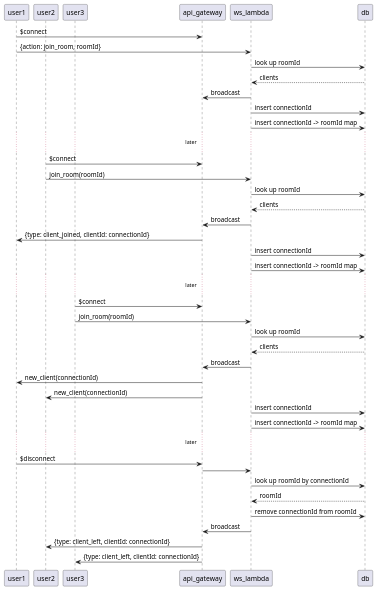
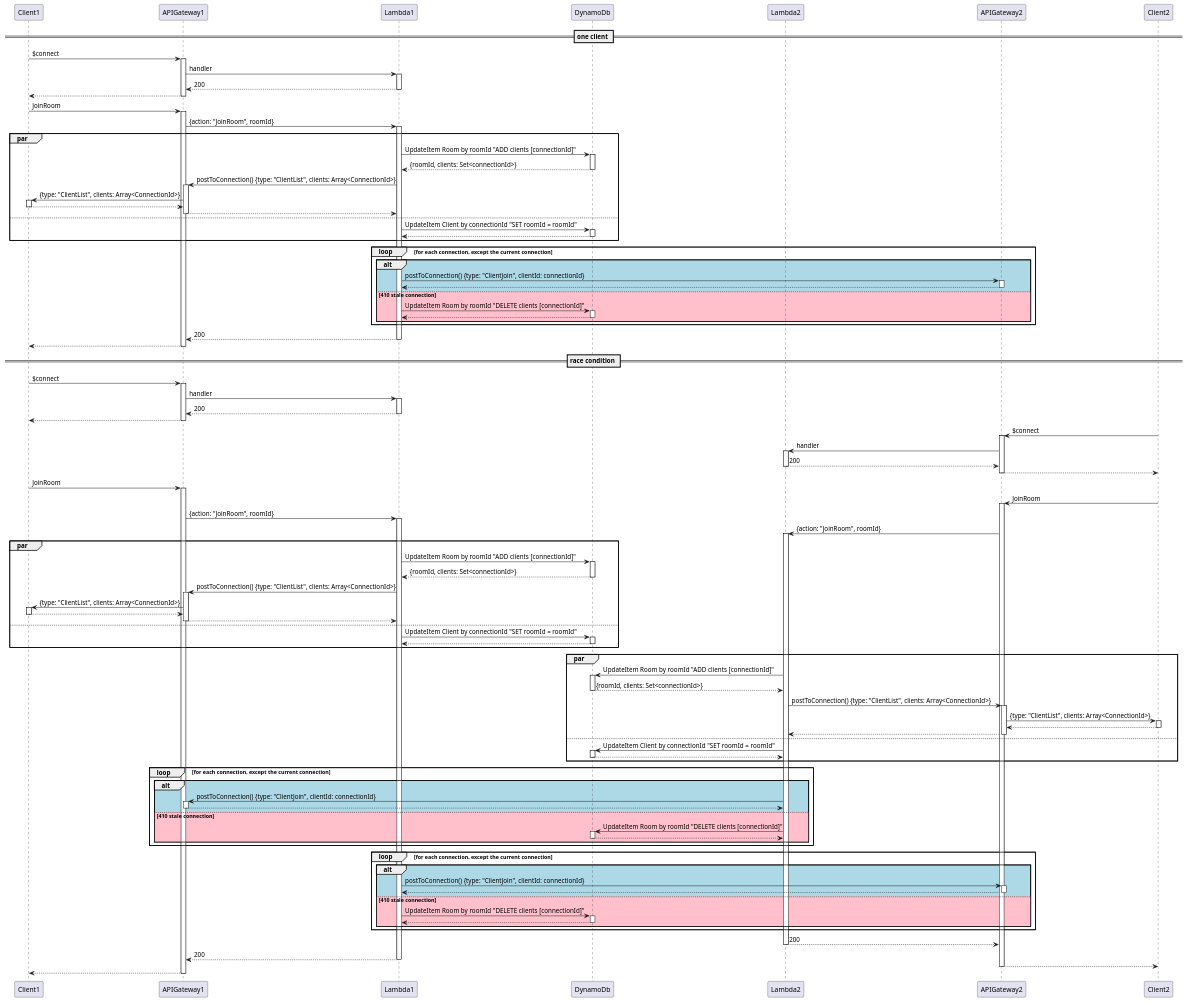
The diagram in join_room_seq.plantuml (d6u/VideoChatRoom), drawn with PlantUML before and after one commit. The commit also changed 3 other files, not shown here.

Commit message:
Add logging, return ClientList

```diff
--- a/join_room_seq.plantuml
+++ b/join_room_seq.plantuml
@@ -1,52 +1,111 @@
-@startuml join_room
+@startuml Gameroom
 
-participant user1
-participant user2
-participant user3
-participant api_gateway
-participant ws_lambda
-participant db
+autoactivate on
 
-user1 -> api_gateway : $connect
-user1 -> ws_lambda : {action: join_room, roomId}
-ws_lambda -> db : look up roomId
-return clients
-ws_lambda -> api_gateway : broadcast
-ws_lambda -> db : insert connectionId
-ws_lambda -> db : insert connectionId -> roomId map
+participant Client1
+participant APIGateway1
+participant Lambda1
+participant DynamoDb
+participant Lambda2
+participant APIGateway2
+participant Client2
 
-...later...
+== one client ==
 
-user2 -> api_gateway : $connect
-user2 -> ws_lambda : join_room(roomId)
-ws_lambda -> db : look up roomId
-return clients
-ws_lambda -> api_gateway : broadcast
-api_gateway -> user1 : {type: client_joined, clientId: connectionId}
-ws_lambda -> db : insert connectionId
-ws_lambda -> db : insert connectionId -> roomId map
+' WebSocket connect
+Client1 -> APIGateway1 : $connect
+  APIGateway1 -> Lambda1 : handler
+  return 200
+return
+' On connect
+Client1 -> APIGateway1 : JoinRoom
+  APIGateway1 -> Lambda1 : {action: "JoinRoom", roomId}
+    par
+      Lambda1 -> DynamoDb : UpdateItem Room by roomId "ADD clients [connectionId]"
+      return {roomId, clients: Set<connectionId>}
+      Lambda1 -> APIGateway1 : postToConnection() {type: "ClientList", clients: Array<ConnectionId>}
+      APIGateway1 -> Client1 : {type: "ClientList", clients: Array<ConnectionId>}
+      return
+      return
+    else
+      Lambda1 -> DynamoDb : UpdateItem Client by connectionId "SET roomId = roomId"
+      return
+    end
 
-...later...
+    loop for each connection, except the current connection
+      alt #lightblue
+        Lambda1 -> APIGateway2 : postToConnection() {type: "ClientJoin", clientId: connectionId}
+        return
+      else #pink 410 stale connection
+        Lambda1 -> DynamoDb : UpdateItem Room by roomId "DELETE clients [connectionId]"
+        return
+      end
+    end
+  return 200
+return
 
-user3 -> api_gateway : $connect
-user3 -> ws_lambda : join_room(roomId)
-ws_lambda -> db : look up roomId
-return clients
-ws_lambda -> api_gateway : broadcast
-api_gateway -> user1 : new_client(connectionId)
-api_gateway -> user2 : new_client(connectionId)
-ws_lambda -> db : insert connectionId
-ws_lambda -> db : insert connectionId -> roomId map
+== race condition ==
 
-...later...
+' WebSocket connect
+Client1 -> APIGateway1 : $connect
+  APIGateway1 -> Lambda1 : handler
+  return 200
+return
+Client2 -> APIGateway2 : $connect
+  APIGateway2 -> Lambda2 : handler
+  return 200
+return
+' On connect
+Client1 -> APIGateway1 : JoinRoom
+Client2 -> APIGateway2 : JoinRoom
+  APIGateway1 -> Lambda1 : {action: "JoinRoom", roomId}
+  APIGateway2 -> Lambda2 : {action: "JoinRoom", roomId}
+    par
+      Lambda1 -> DynamoDb : UpdateItem Room by roomId "ADD clients [connectionId]"
+      return {roomId, clients: Set<connectionId>}
+      Lambda1 -> APIGateway1 : postToConnection() {type: "ClientList", clients: Array<ConnectionId>}
+      APIGateway1 -> Client1 : {type: "ClientList", clients: Array<ConnectionId>}
+      return
+      return
+    else
+      Lambda1 -> DynamoDb : UpdateItem Client by connectionId "SET roomId = roomId"
+      return
+    end
 
-user1 -> api_gateway : $disconnect
-api_gateway -> ws_lambda
-ws_lambda -> db : look up roomId by connectionId
-return roomId
-ws_lambda -> db : remove connectionId from roomId
-ws_lambda -> api_gateway : broadcast
-api_gateway -> user2 : {type: client_left, clientId: connectionId}
-api_gateway -> user3 : {type: client_left, clientId: connectionId}
+    par
+      Lambda2 -> DynamoDb : UpdateItem Room by roomId "ADD clients [connectionId]"
+      return {roomId, clients: Set<connectionId>}
+      Lambda2 -> APIGateway2 : postToConnection() {type: "ClientList", clients: Array<ConnectionId>}
+      APIGateway2 -> Client2 : {type: "ClientList", clients: Array<ConnectionId>}
+      return
+      return
+    else
+      Lambda2 -> DynamoDb : UpdateItem Client by connectionId "SET roomId = roomId"
+      return
+    end
+
+    loop for each connection, except the current connection
+      alt #lightblue
+        Lambda2 -> APIGateway1 : postToConnection() {type: "ClientJoin", clientId: connectionId}
+        return
+      else #pink 410 stale connection
+        Lambda2 -> DynamoDb : UpdateItem Room by roomId "DELETE clients [connectionId]"
+        return
+      end
+    end
+
+    loop for each connection, except the current connection
+      alt #lightblue
+        Lambda1 -> APIGateway2 : postToConnection() {type: "ClientJoin", clientId: connectionId}
+        return
+      else #pink 410 stale connection
+        Lambda1 -> DynamoDb : UpdateItem Room by roomId "DELETE clients [connectionId]"
+        return
+      end
+    end
+  return 200
+  return 200
+return
+return
 
 @enduml
```
